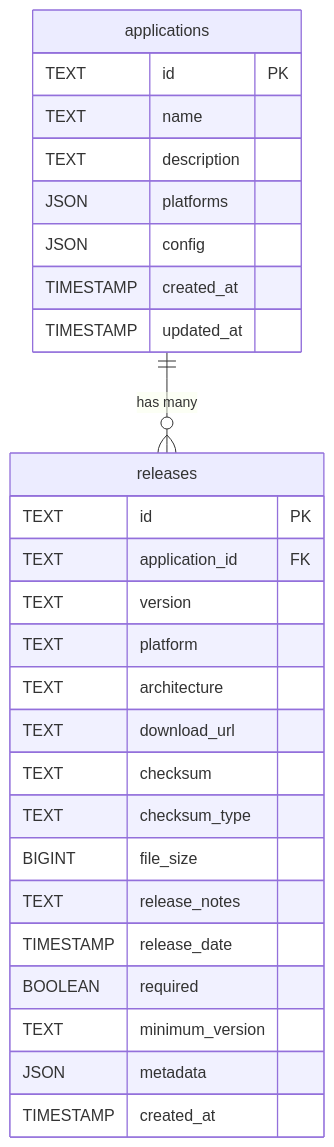
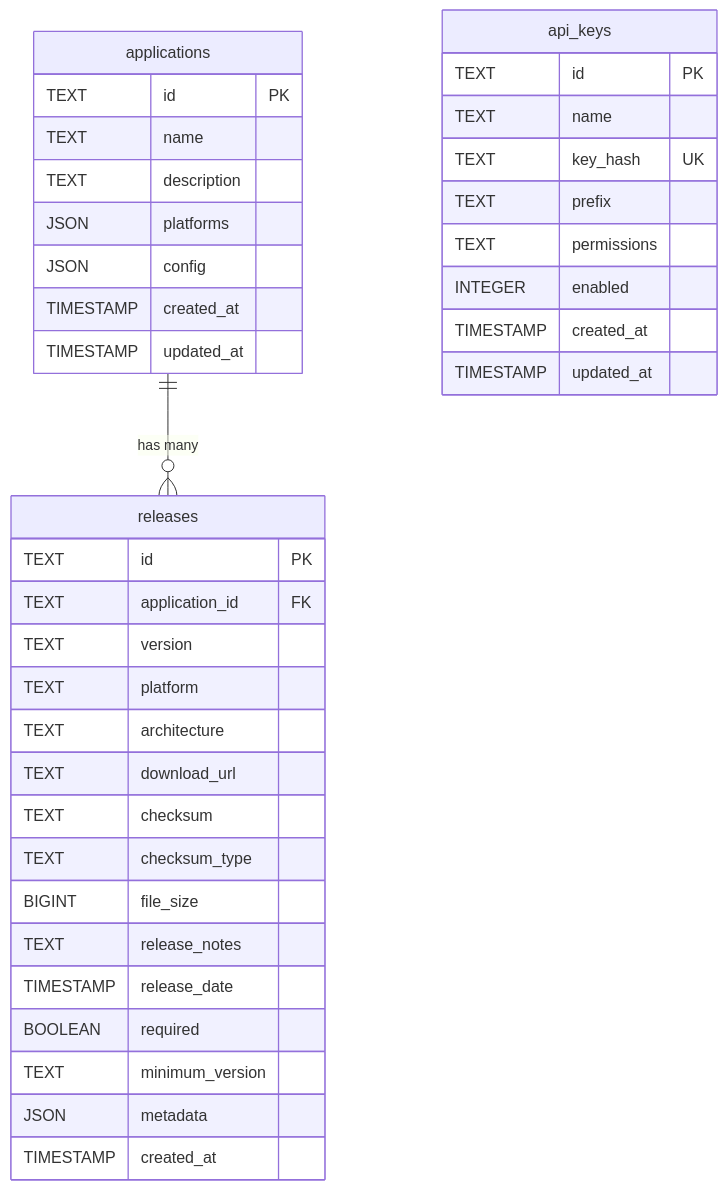
The third of 3 diagrams in docs/storage.md (griffinskudder/updater), drawn with Mermaid before and after one commit. The commit also changed other lines of this file and 29 other files, not shown here.

````diff
--- a/docs/storage.md
+++ b/docs/storage.md
@@ -124,30 +131,40 @@
 ```mermaid
 erDiagram
     applications {
         TEXT id PK
         TEXT name
         TEXT description
         JSON platforms
         JSON config
         TIMESTAMP created_at
         TIMESTAMP updated_at
     }
     releases {
         TEXT id PK
         TEXT application_id FK
         TEXT version
         TEXT platform
         TEXT architecture
         TEXT download_url
         TEXT checksum
         TEXT checksum_type
         BIGINT file_size
         TEXT release_notes
         TIMESTAMP release_date
         BOOLEAN required
         TEXT minimum_version
         JSON metadata
         TIMESTAMP created_at
     }
+    api_keys {
+        TEXT id PK
+        TEXT name
+        TEXT key_hash UK
+        TEXT prefix
+        TEXT permissions
+        INTEGER enabled
+        TIMESTAMP created_at
+        TIMESTAMP updated_at
+    }
     applications ||--o{ releases : "has many"
 ```
````
